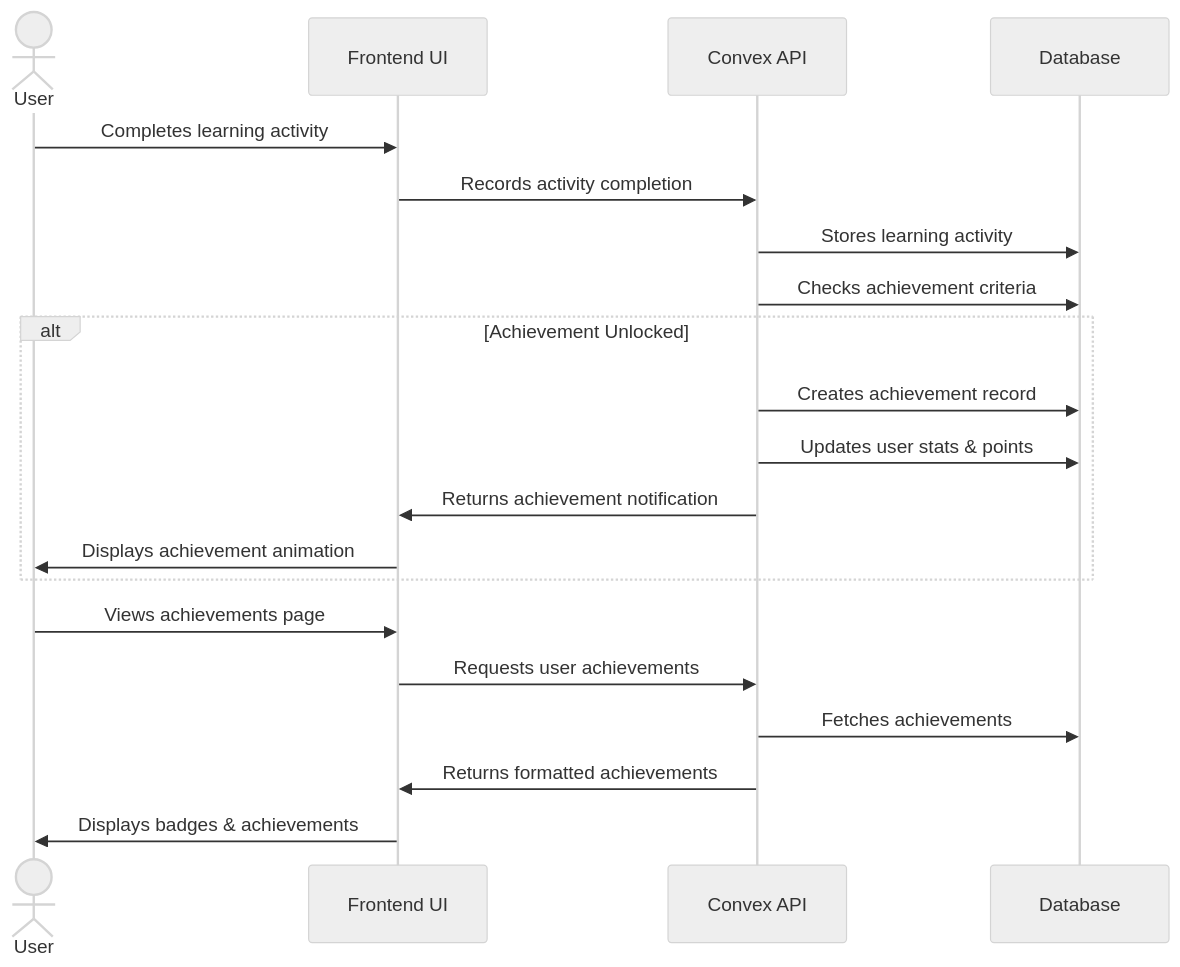
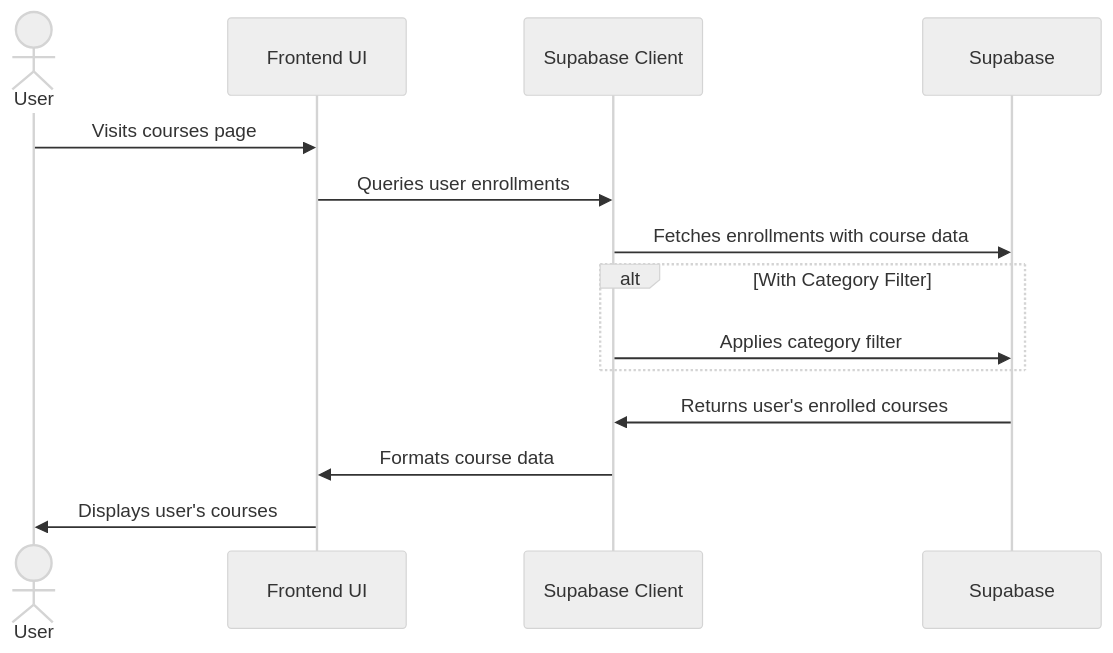
One commit to codeKobby/tenzzen-app changed the sixth of 6 diagrams in docs/DATABASE_ARCHITECTURE.md. Above: the diagram before and after it, drawn with Mermaid (neutral theme). The commit also changed other lines of this file and 55 other files, not shown here.

````diff
--- a/docs/DATABASE_ARCHITECTURE.md
+++ b/docs/DATABASE_ARCHITECTURE.md
@@ -502,25 +206,19 @@
 ```mermaid
 sequenceDiagram
     actor User
     participant UI as Frontend UI
-    participant API as Convex API
-    participant DB as Database
+    participant API as Supabase Client
+    participant DB as Supabase
 
-    User->>UI: Completes learning activity
-    UI->>API: Records activity completion
-    API->>DB: Stores learning activity
-    API->>DB: Checks achievement criteria
+    User->>UI: Visits courses page
+    UI->>API: Queries user enrollments
+    API->>DB: Fetches enrollments with course data
 
-    alt Achievement Unlocked
-        API->>DB: Creates achievement record
-        API->>DB: Updates user stats & points
-        API->>UI: Returns achievement notification
-        UI->>User: Displays achievement animation
+    alt With Category Filter
+        API->>DB: Applies category filter
     end
 
-    User->>UI: Views achievements page
-    UI->>API: Requests user achievements
-    API->>DB: Fetches achievements
-    API->>UI: Returns formatted achievements
-    UI->>User: Displays badges & achievements
+    DB->>API: Returns user's enrolled courses
+    API->>UI: Formats course data
+    UI->>User: Displays user's courses
 ```
````
